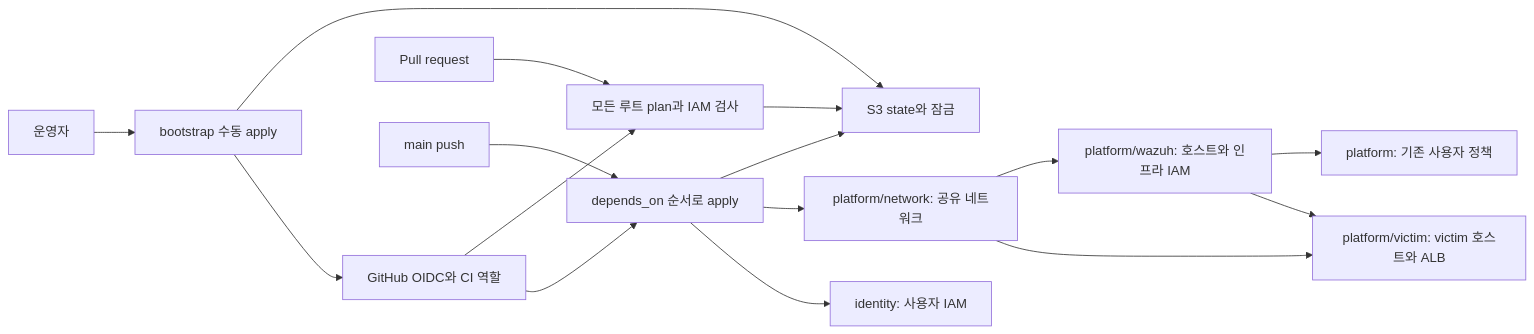
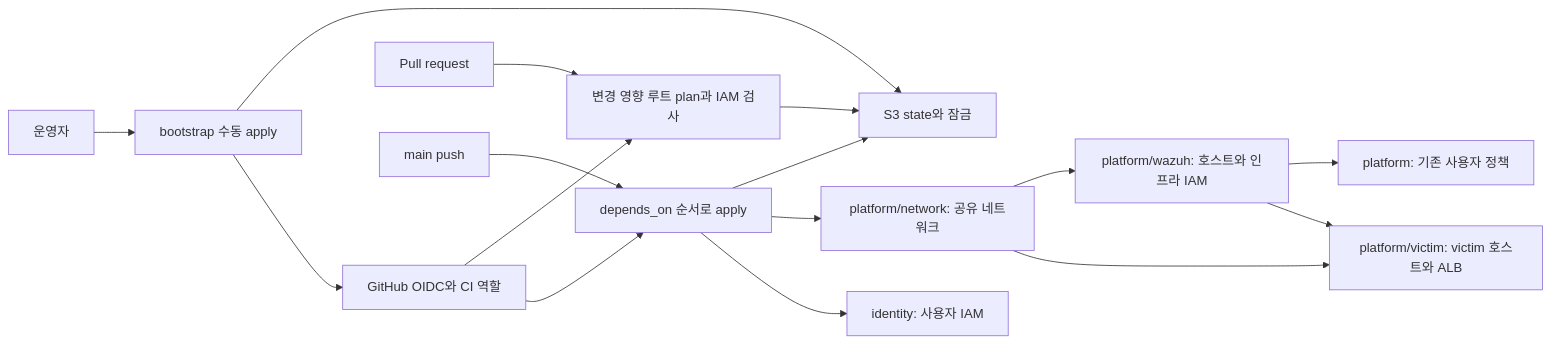
One commit to kintoun-secops/kintoun-infra changed the first of 2 diagrams in docs/architecture.md. Above: the diagram before and after it, drawn with Mermaid. The commit also changed 16 other files, not shown here.

````diff
--- a/docs/architecture.md
+++ b/docs/architecture.md
@@ -8,18 +8,18 @@
 ```mermaid
 flowchart LR
   Admin[운영자] --> Bootstrap[bootstrap 수동 apply]
   Bootstrap --> State[S3 state와 잠금]
   Bootstrap --> OIDC[GitHub OIDC와 CI 역할]
-  PR[Pull request] --> Plan[모든 루트 plan과 IAM 검사]
+  PR[Pull request] --> Plan[변경 영향 루트 plan과 IAM 검사]
   Main[main push] --> Apply[depends_on 순서로 apply]
   OIDC --> Plan
   OIDC --> Apply
   Plan --> State
   Apply --> State
   Apply --> Network[platform/network: 공유 네트워크]
   Network --> Wazuh[platform/wazuh: 호스트와 인프라 IAM]
   Apply --> Identity[identity: 사용자 IAM]
   Wazuh --> Legacy[platform: 기존 사용자 정책]
   Network --> Victim[platform/victim: victim 호스트와 ALB]
   Wazuh --> Victim
 ```
````
